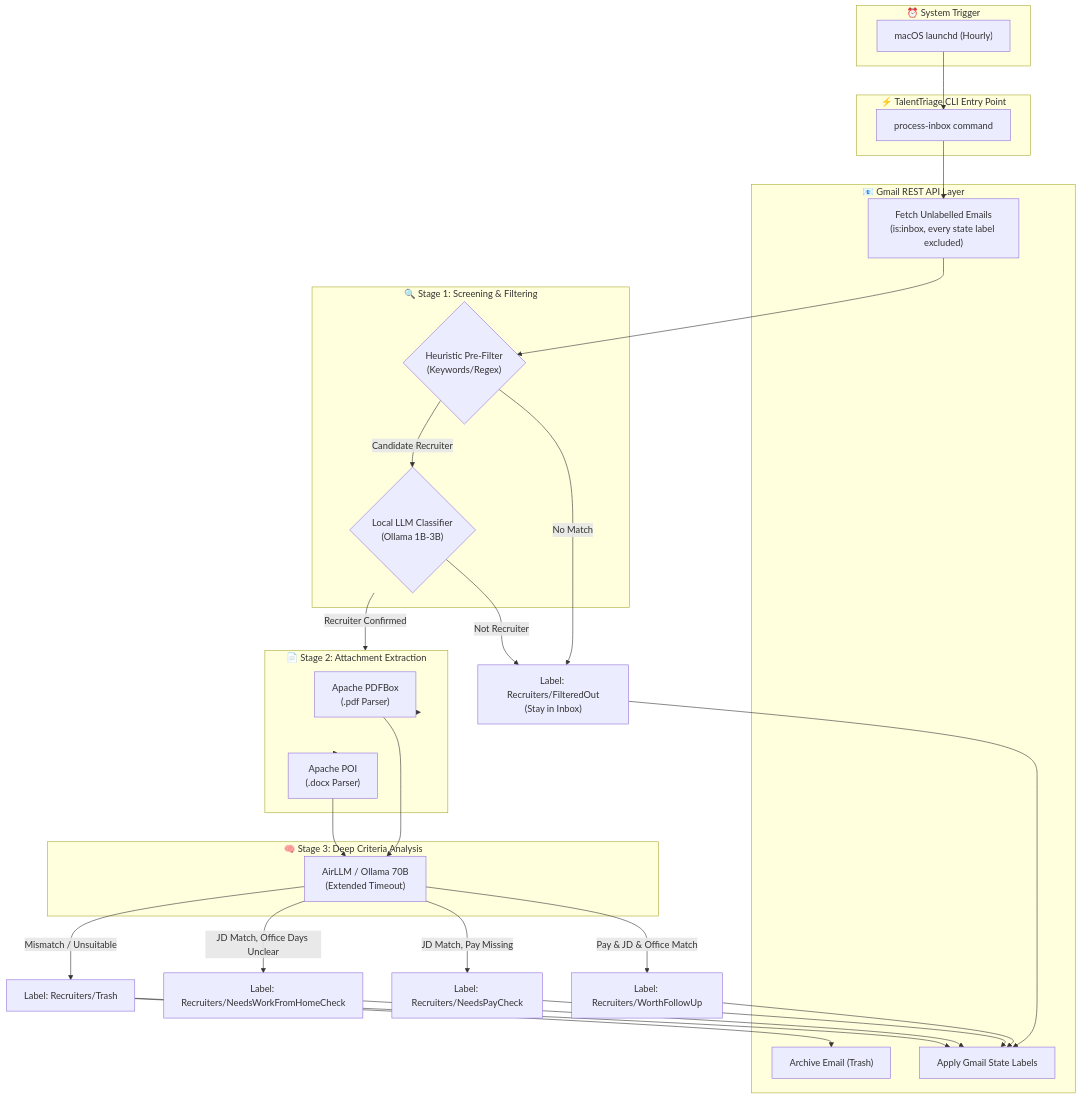
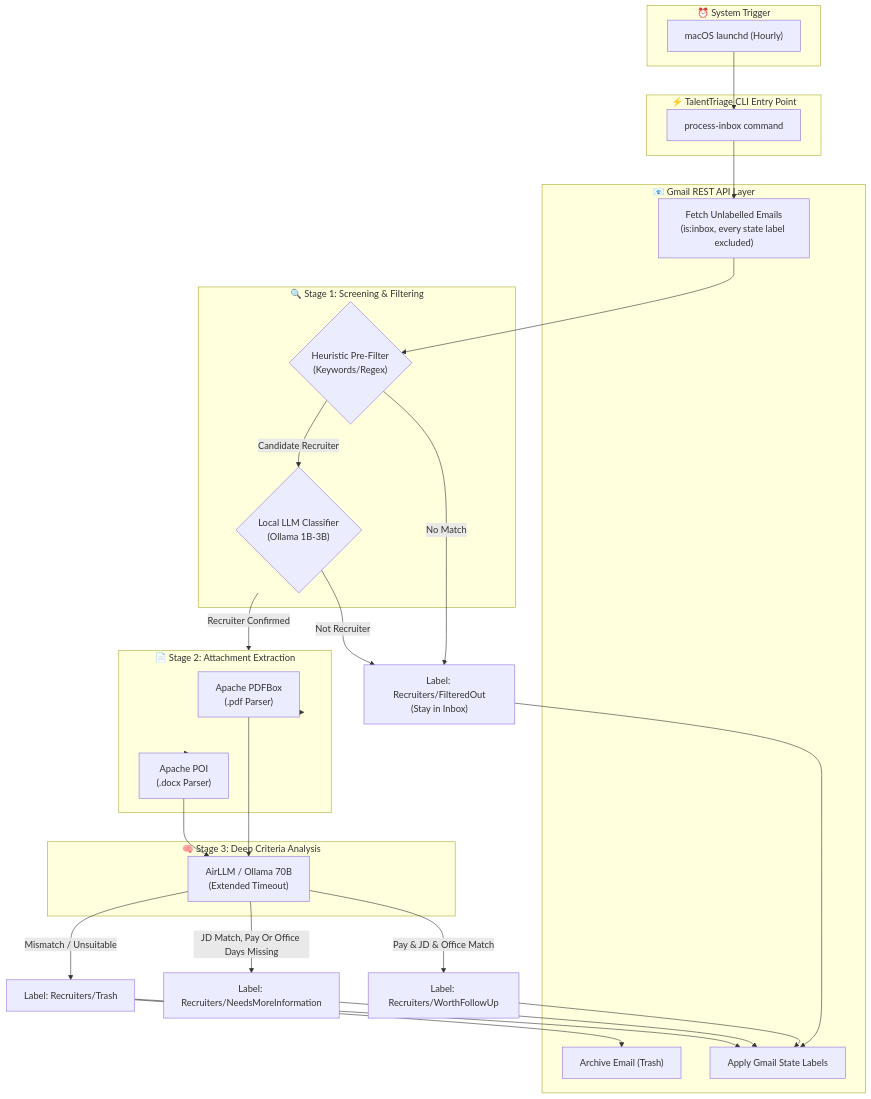
Before and after one commit to mlk/TalentTriage: the diagram in README.md, drawn with Mermaid. The commit also changed other lines of this file and 12 other files, not shown here.

First line of the commit message:
refactor: one state for the mails that need more information

````diff
--- a/README.md
+++ b/README.md
@@ -15,62 +15,60 @@
 ```mermaid
 flowchart TD
     subgraph Trigger ["⏰ System Trigger"]
         launchd["macOS launchd (Hourly)"]
     end
 
     subgraph CLI ["⚡ TalentTriage CLI Entry Point"]
         Command["process-inbox command"]
     end
 
     subgraph GmailAPI ["📧 Gmail REST API Layer"]
         Fetch["Fetch Unlabelled Emails\n(is:inbox, every state label excluded)"]
         ApplyLabel["Apply Gmail State Labels"]
         Archive["Archive Email (Trash)"]
     end
 
     subgraph Stage1 ["🔍 Stage 1: Screening & Filtering"]
         Heuristics{"Heuristic Pre-Filter\n(Keywords/Regex)"}
         LocalLLM{"Local LLM Classifier\n(Ollama 1B-3B)"}
     end
 
     subgraph Stage2 ["📄 Stage 2: Attachment Extraction"]
         PDFParser["Apache PDFBox\n(.pdf Parser)"]
         WordParser["Apache POI\n(.docx Parser)"]
     end
 
     subgraph Stage3 ["🧠 Stage 3: Deep Criteria Analysis"]
         AirLLM["AirLLM / Ollama 70B\n(Extended Timeout)"]
     end
 
     %% Execution Flow
     launchd --> Command
     Command --> Fetch
     Fetch --> Heuristics
 
     %% Stage 1 Branching
     Heuristics -- "No Match" --> ApplyFilteredOut["Label: Recruiters/FilteredOut\n(Stay in Inbox)"]
     Heuristics -- "Candidate Recruiter" --> LocalLLM
 
     LocalLLM -- "Not Recruiter" --> ApplyFilteredOut
     LocalLLM -- "Recruiter Confirmed" --> Stage2
 
     %% Stage 2 to Stage 3
     Stage2 --> PDFParser
     Stage2 --> WordParser
     PDFParser --> AirLLM
     WordParser --> AirLLM
 
     %% Stage 3 Branching
     AirLLM -- "Pay & JD & Office Match" --> LabelFollowUp["Label: Recruiters/WorthFollowUp"]
-    AirLLM -- "JD Match, Pay Missing" --> LabelCheckPay["Label: Recruiters/NeedsPayCheck"]
-    AirLLM -- "JD Match, Office Days Unclear" --> LabelCheckOffice["Label: Recruiters/NeedsWorkFromHomeCheck"]
+    AirLLM -- "JD Match, Pay Or Office Days Missing" --> LabelMoreInfo["Label: Recruiters/NeedsMoreInformation"]
     AirLLM -- "Mismatch / Unsuitable" --> LabelTrash["Label: Recruiters/Trash"]
 
     %% Gmail Label Updates
     ApplyFilteredOut --> ApplyLabel
     LabelFollowUp --> ApplyLabel
-    LabelCheckPay --> ApplyLabel
-    LabelCheckOffice --> ApplyLabel
+    LabelMoreInfo --> ApplyLabel
     LabelTrash --> ApplyLabel
     LabelTrash --> Archive
 ```
````
